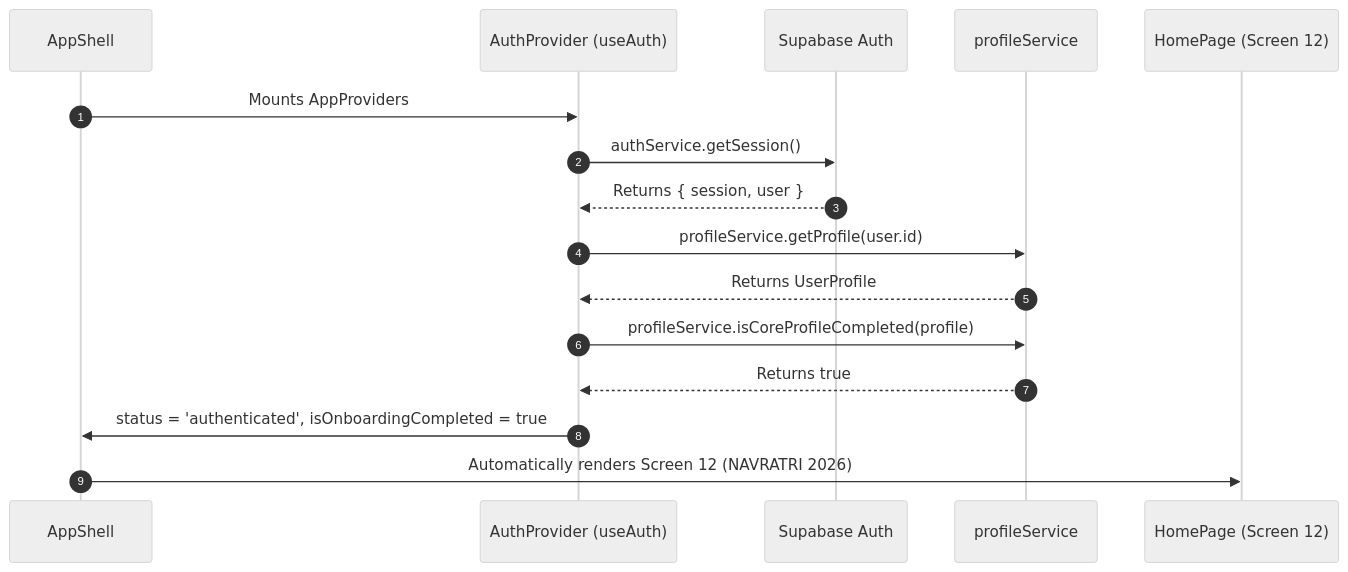
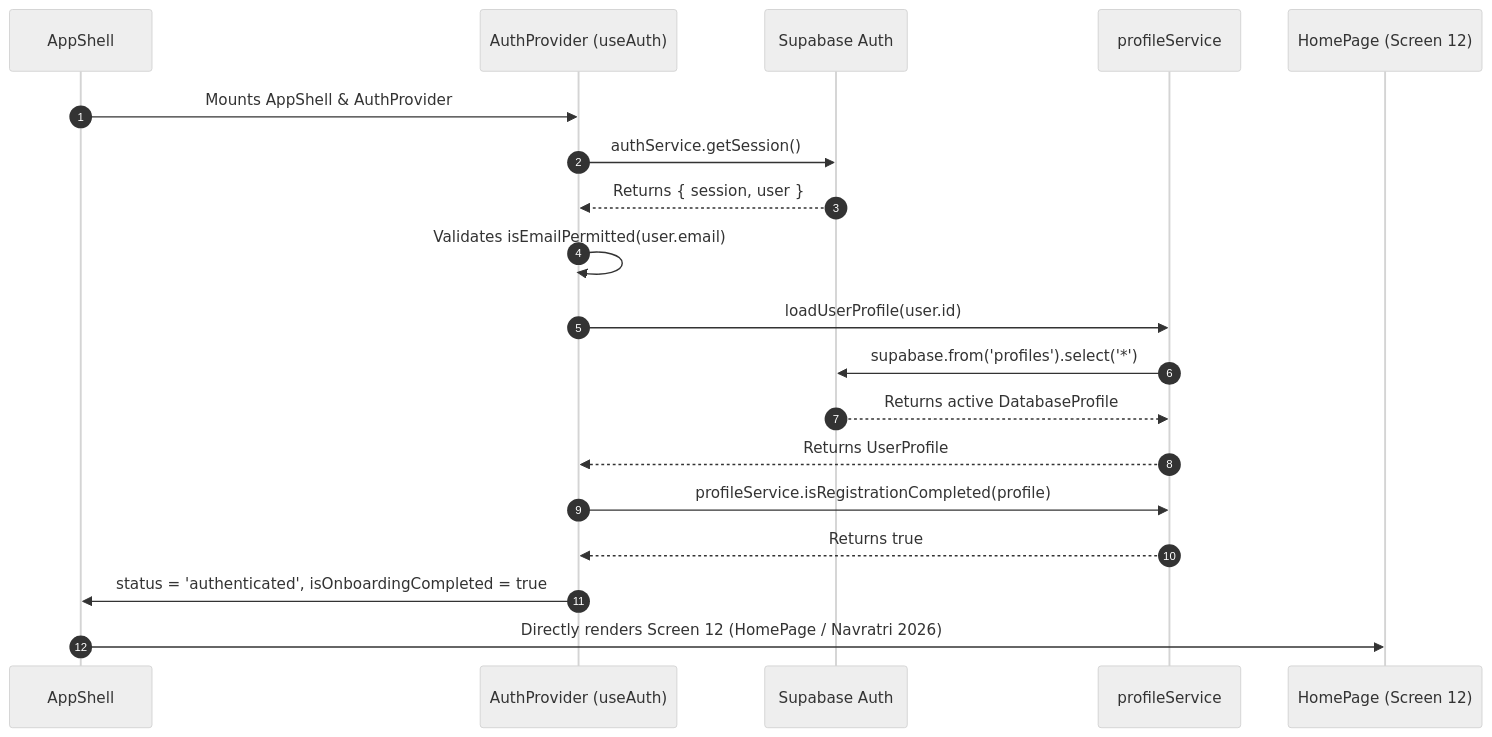
Before and after one commit to Hellsguardian/String-X: the first of 2 diagrams in docs/authentication.md, drawn with Mermaid (neutral theme). The commit also changed other lines of this file and 14 other files, not shown here.

````diff
--- a/docs/authentication.md
+++ b/docs/authentication.md
@@ -18,19 +54,22 @@
 ```mermaid
 sequenceDiagram
     autonumber
     participant App as AppShell
     participant Auth as AuthProvider (useAuth)
     participant Supabase as Supabase Auth
     participant Service as profileService
     participant Screen as HomePage (Screen 12)
 
-    App->>Auth: Mounts AppProviders
+    App->>Auth: Mounts AppShell & AuthProvider
     Auth->>Supabase: authService.getSession()
     Supabase-->>Auth: Returns { session, user }
-    Auth->>Service: profileService.getProfile(user.id)
+    Auth->>Auth: Validates isEmailPermitted(user.email)
+    Auth->>Service: loadUserProfile(user.id)
+    Service->>Supabase: supabase.from('profiles').select('*')
+    Supabase-->>Service: Returns active DatabaseProfile
     Service-->>Auth: Returns UserProfile
-    Auth->>Service: profileService.isCoreProfileCompleted(profile)
+    Auth->>Service: profileService.isRegistrationCompleted(profile)
     Service-->>Auth: Returns true
     Auth->>App: status = 'authenticated', isOnboardingCompleted = true
-    App->>Screen: Automatically renders Screen 12 (NAVRATRI 2026)
+    App->>Screen: Directly renders Screen 12 (HomePage / Navratri 2026)
 ```
````
